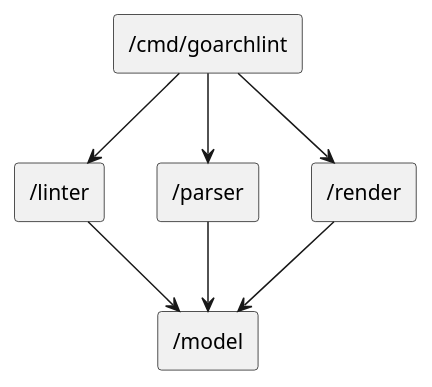
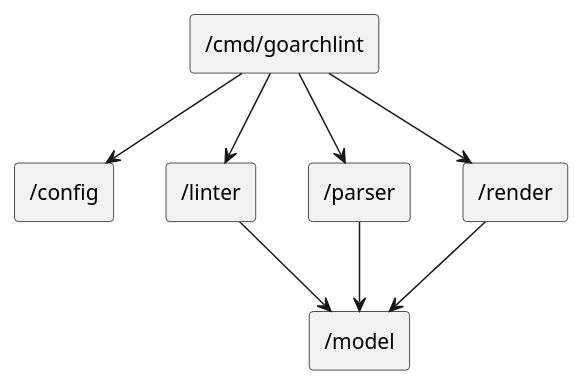
One commit to gbh007/goarchlint changed the diagram in docs/arch/scheme.puml. Above: the diagram before and after it, drawn with PlantUML. The commit also changed 7 other files, not shown here.

```diff
--- a/docs/arch/scheme.puml
+++ b/docs/arch/scheme.puml
@@ -1,9 +1,10 @@
 @startuml "goarchlint"
 skinparam componentStyle rectangle
+[/cmd/goarchlint] --> [/config]
 [/cmd/goarchlint] --> [/linter]
 [/cmd/goarchlint] --> [/parser]
 [/cmd/goarchlint] --> [/render]
 [/linter] --> [/model]
 [/parser] --> [/model]
 [/render] --> [/model]
 @enduml
```
